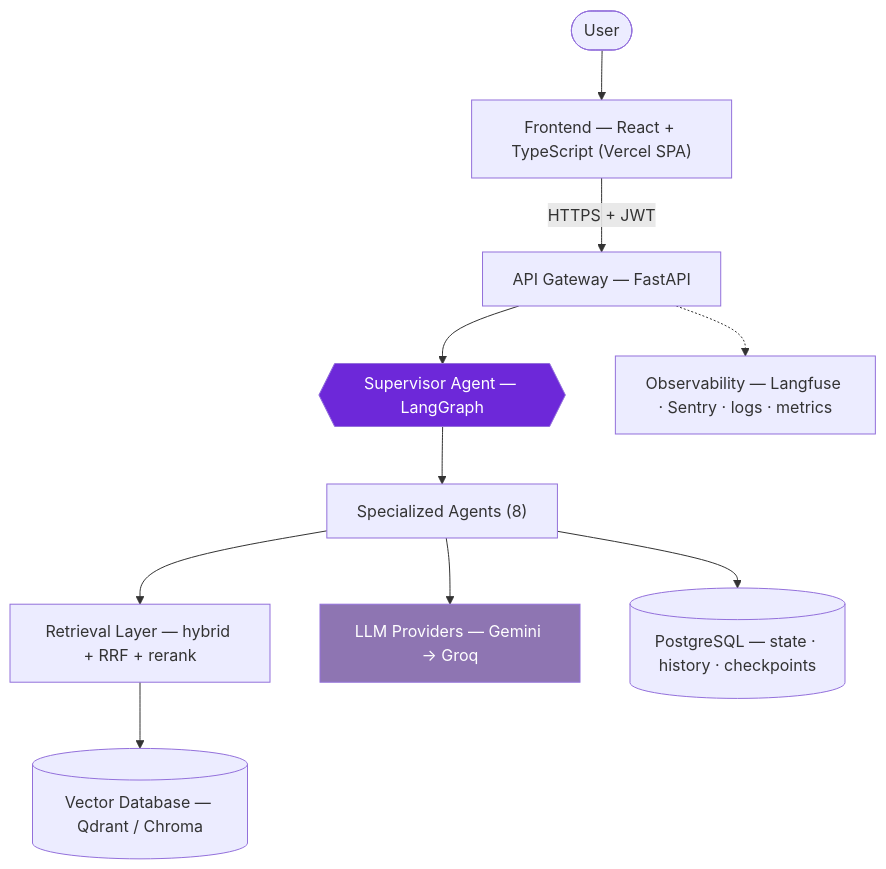
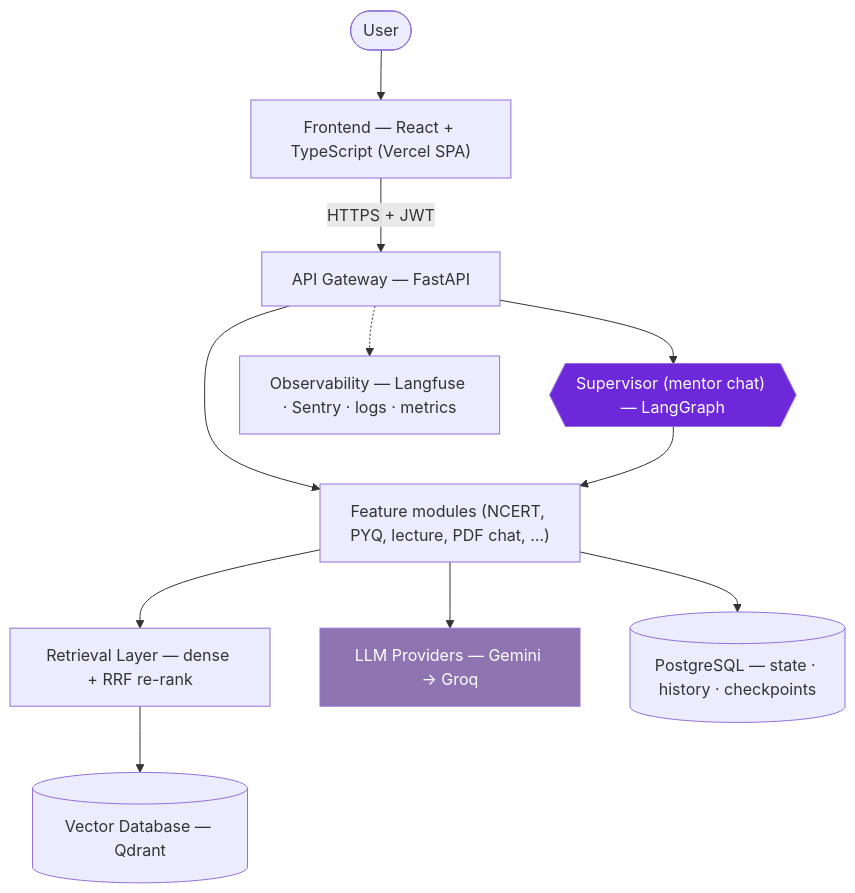
One commit to Vishal-AI-ML-Dev/UPSC-AI-PRO changed the first of 4 diagrams in README.md. Above: the diagram before and after it, drawn with Mermaid. The commit also changed other lines of this file and 9 other files, not shown here.

````diff
--- a/README.md
+++ b/README.md
@@ -68,14 +68,15 @@
 ```mermaid
 flowchart TD
     U([User]) --> FE["Frontend — React + TypeScript (Vercel SPA)"]
     FE -->|HTTPS + JWT| GW["API Gateway — FastAPI"]
-    GW --> SUP{{"Supervisor Agent — LangGraph"}}
-    SUP --> AG["Specialized Agents (8)"]
-    AG --> RET["Retrieval Layer — hybrid + RRF + rerank"]
-    RET --> VDB[("Vector Database — Qdrant / Chroma")]
+    GW --> SUP{{"Supervisor (mentor chat) — LangGraph"}}
+    GW --> AG["Feature modules (NCERT, PYQ, lecture, PDF chat, …)"]
+    SUP --> AG
+    AG --> RET["Retrieval Layer — dense + RRF re-rank"]
+    RET --> VDB[("Vector Database — Qdrant")]
     AG --> LLM["LLM Providers — Gemini → Groq"]
     GW -.-> OBS["Observability — Langfuse · Sentry · logs · metrics"]
     AG --> PG[("PostgreSQL — state · history · checkpoints")]
     style SUP fill:#6D28D9,color:#fff
     style LLM fill:#8E75B2,color:#fff
 ```
````
